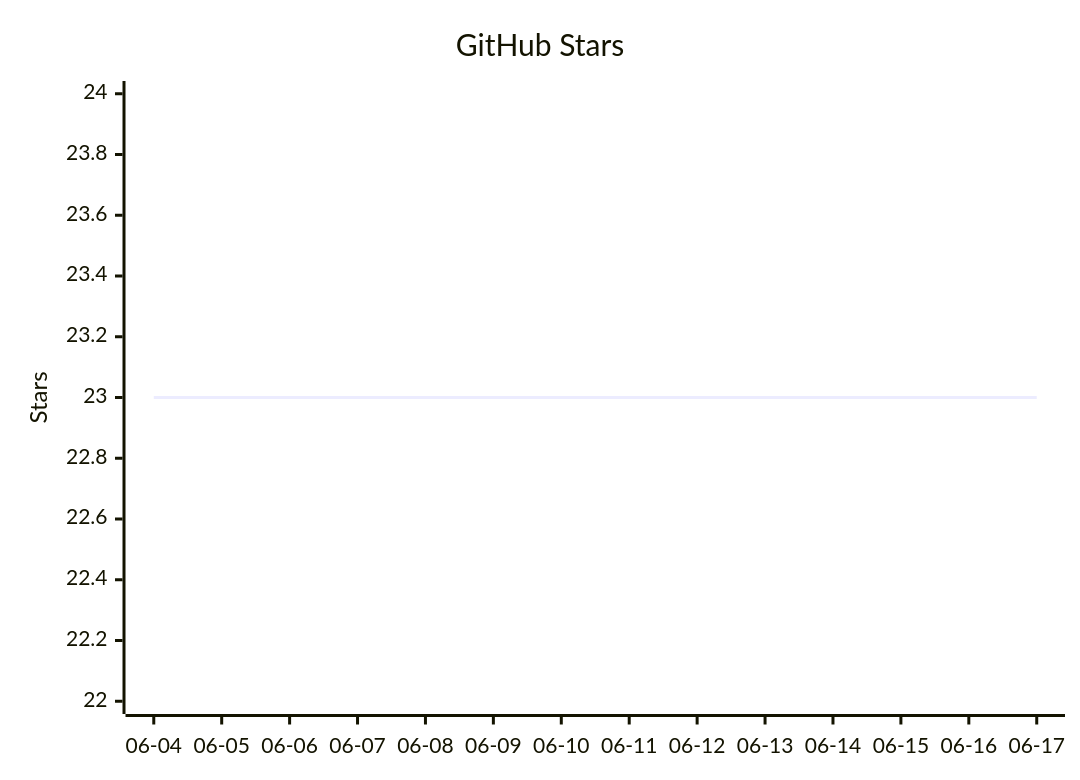
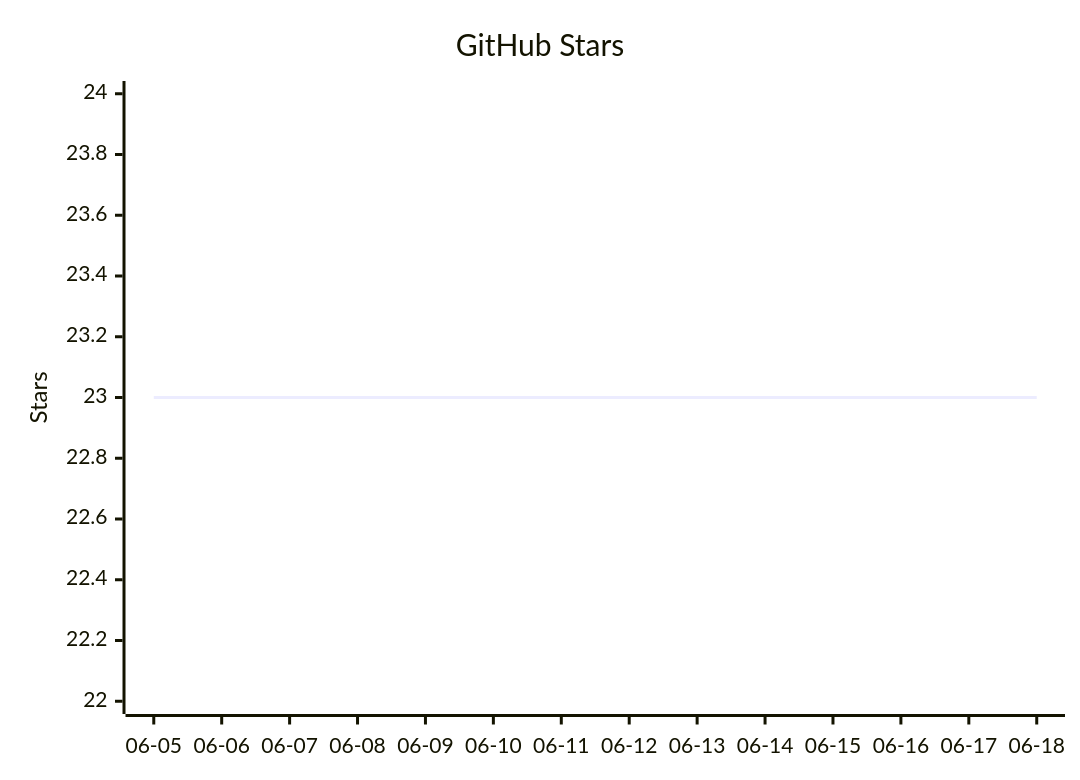
The diagram in README.mbt.md (vectie/moonclaw), drawn with Mermaid before and after one commit. The commit also changed other lines of this file and 1 other file, not shown here.

Commit message:
Update README star growth

````diff
--- a/README.mbt.md
+++ b/README.mbt.md
@@ -612,7 +612,7 @@
 ```mermaid
 xychart-beta
     title "GitHub Stars"
-    x-axis ["06-04","06-05","06-06","06-07","06-08","06-09","06-10","06-11","06-12","06-13","06-14","06-15","06-16","06-17"]
+    x-axis ["06-05","06-06","06-07","06-08","06-09","06-10","06-11","06-12","06-13","06-14","06-15","06-16","06-17","06-18"]
     y-axis "Stars" 22 --> 24
     line [23,23,23,23,23,23,23,23,23,23,23,23,23,23]
 ```
````
